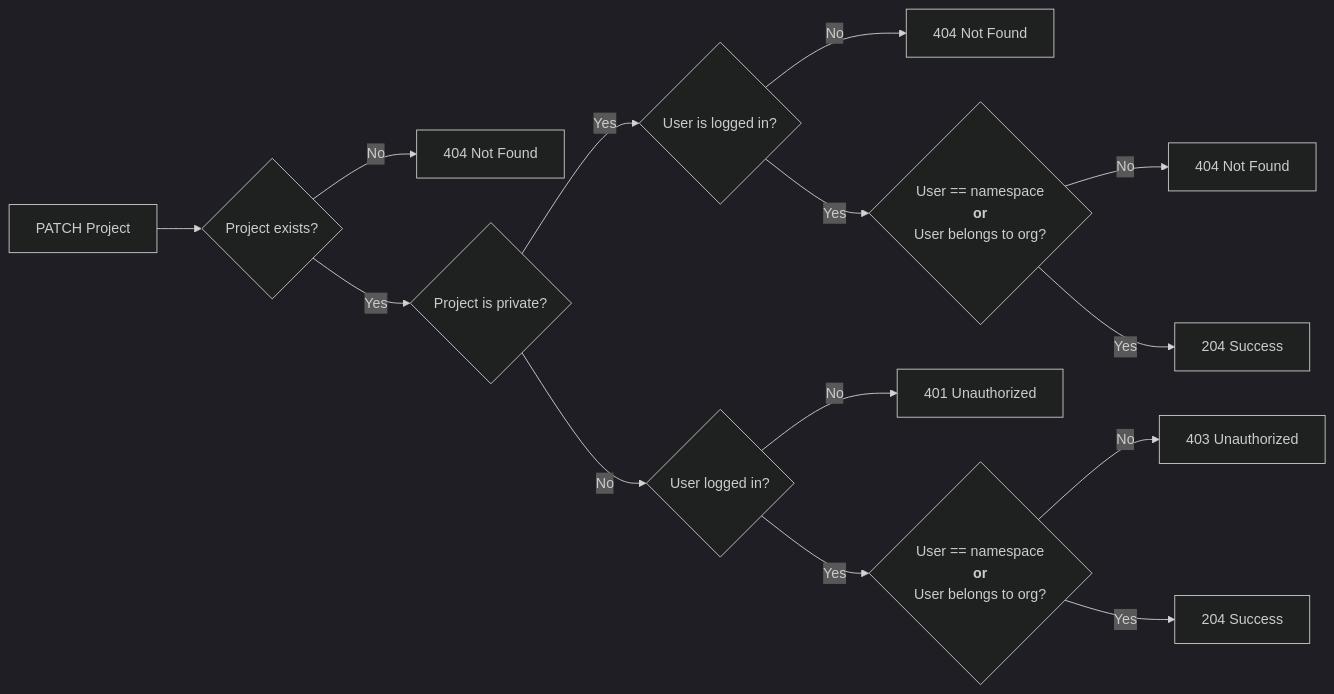
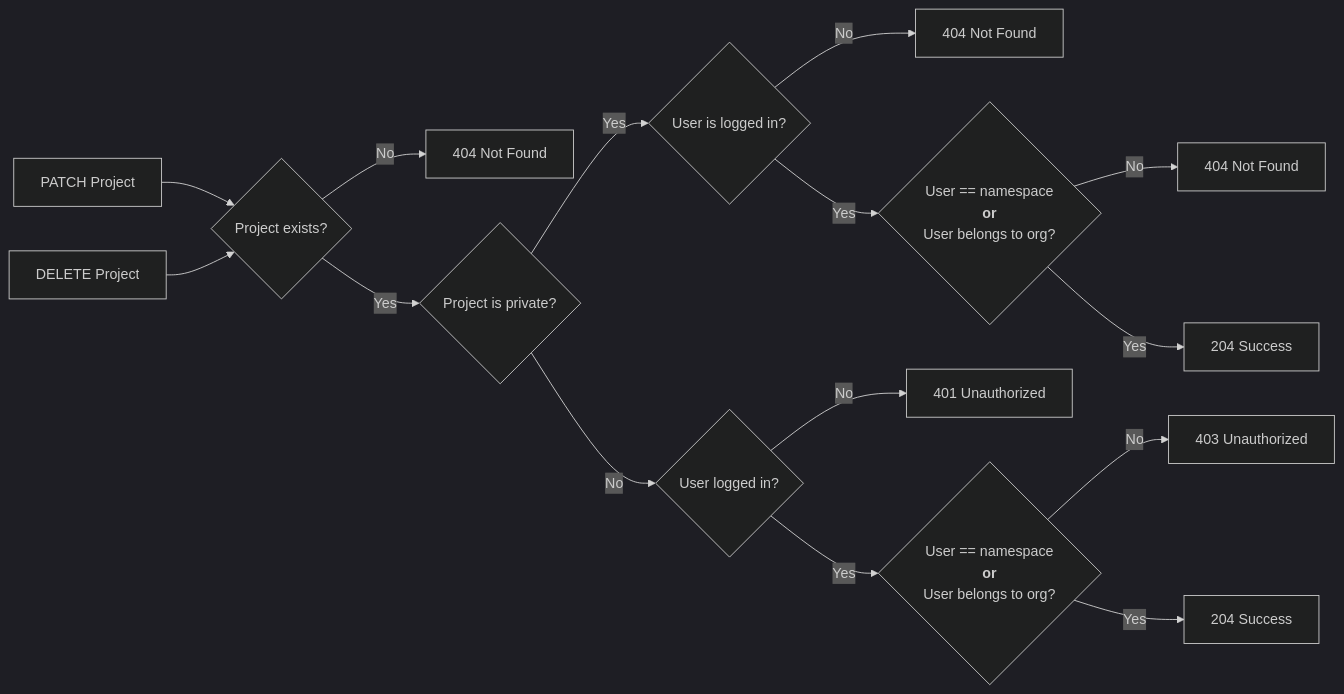
The third of 3 diagrams in docs/authentication.md (pepkit/pephub), drawn with Mermaid (dark theme) before and after one commit. The commit also changed other lines of this file, not shown here.

Commit message:
merge update and delete flows

````diff
--- a/docs/authentication.md
+++ b/docs/authentication.md
@@ -45,16 +43,17 @@
 ```mermaid
 flowchart LR
-    A[PATCH Project] --> Ab{Project exists?}
+    _A[PATCH Project] --> Ab{Project exists?}
+    A[DELETE Project] --> Ab
     Ab -- No --> Ac[404 Not Found]
     Ab -- Yes --> B{Project is private?}
     B -- Yes --> Bd{User is logged in?}
     Bd -- No --> Be[404 Not Found]
     Bd -- Yes --> C{User == namespace <br/><b>or</b><br/> User belongs to org?}
     C -- No --> H[404 Not Found]
     C -- Yes --> I[204 Success]
     B -- No --> Bb{User logged in?}
     Bb -- No --> Bc[401 Unauthorized]
     Bb -- Yes --> J{User == namespace <br/><b>or</b><br/> User belongs to org?}
     J -- No --> O[403 Unauthorized]
     J -- Yes --> P[204 Success]
 ```
````
